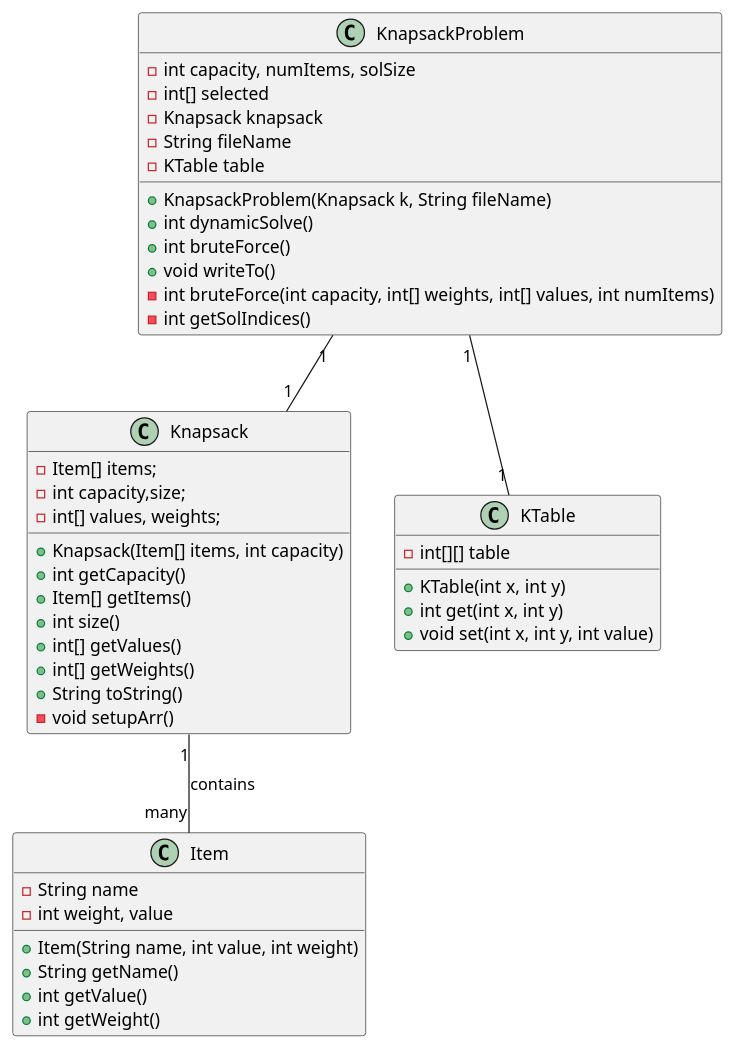
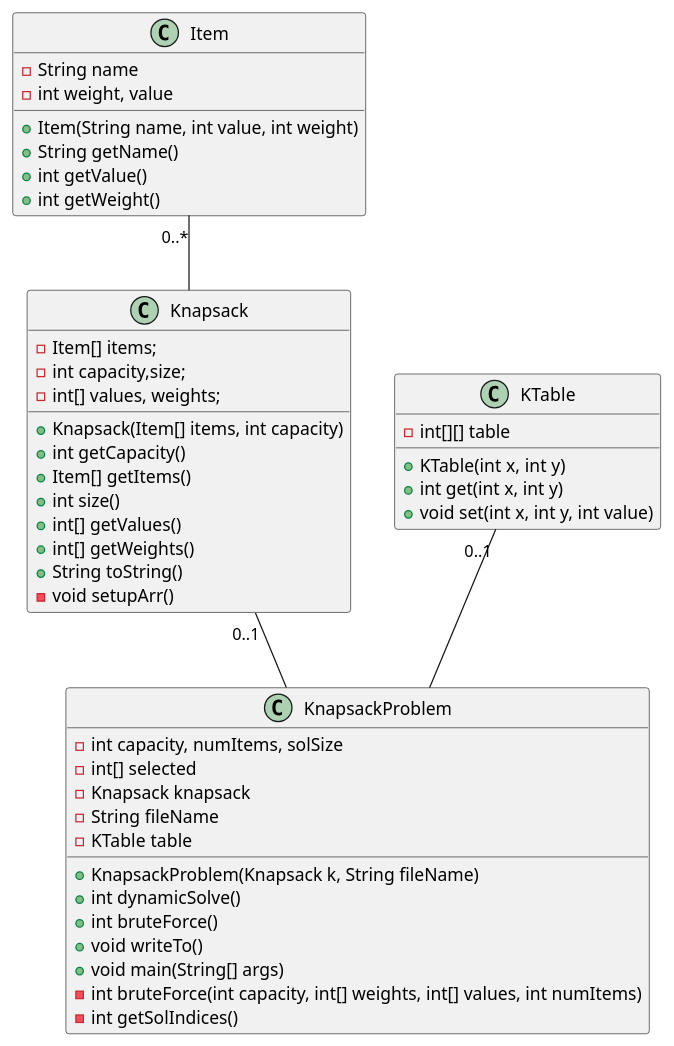
One commit to jsanv026/KnapsackProblem changed the diagram in out/production/Knapsack/1.puml. Above: the diagram before and after it, drawn with PlantUML. The commit also changed 8 other files, not shown here.

```diff
--- a/out/production/Knapsack/1.puml
+++ b/out/production/Knapsack/1.puml
@@ -1,63 +1,64 @@
 @startuml
 'https://plantuml.com/class-diagram
 
 class Item {
     - String name
     - int weight, value
 
     + Item(String name, int value, int weight)
     + String getName()
     + int getValue()
     + int getWeight()
 
 }
 
 class Knapsack {
 
     - Item[] items;
     - int capacity,size;
     - int[] values, weights;
 
     + Knapsack(Item[] items, int capacity)
     + int getCapacity()
     + Item[] getItems()
     + int size()
     + int[] getValues()
     + int[] getWeights()
     + String toString()
     - void setupArr()
 
 }
 
 class KTable {
 
     - int[][] table
 
     + KTable(int x, int y)
     + int get(int x, int y)
     + void set(int x, int y, int value)
 
 }
 
 class KnapsackProblem {
 
     - int capacity, numItems, solSize
     - int[] selected
     - Knapsack knapsack
     - String fileName
     - KTable table
 
     + KnapsackProblem(Knapsack k, String fileName)
     + int dynamicSolve()
     + int bruteForce()
     + void writeTo()
+    + void main(String[] args)
     - int bruteForce(int capacity, int[] weights, int[] values, int numItems)
     - int getSolIndices()
 
 }
 
-Knapsack "1" -- "many" Item : contains
-KnapsackProblem "1" -- "1" Knapsack
-KnapsackProblem "1" -- "1" KTable
+Item "0..*" -- " " Knapsack
+Knapsack "0..1" -- " " KnapsackProblem
+KTable "0..1" -- " " KnapsackProblem
 
 @enduml
```
